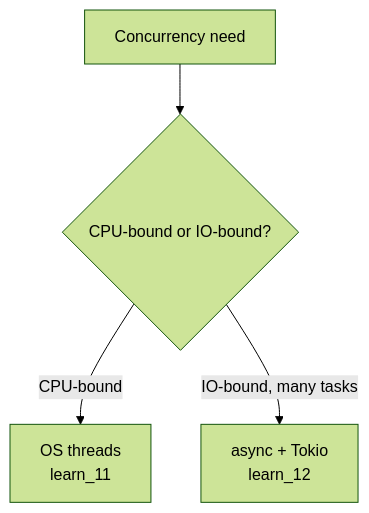
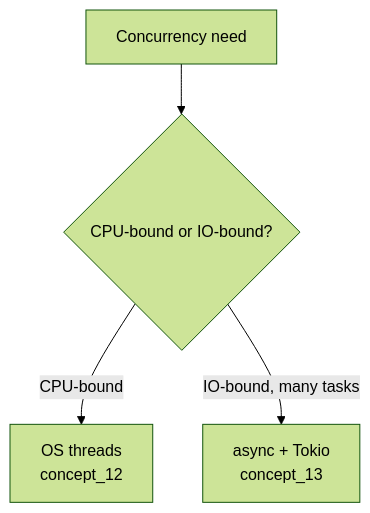
Before and after one commit to devravinder/learn-rust: the diagram in concept_13_async_tokio/README.md, drawn with Mermaid (forest theme). The commit also changed other lines of this file and 12 other files, not shown here.

Commit message:
docs: finalize roadmap links

````diff
--- a/concept_13_async_tokio/README.md
+++ b/concept_13_async_tokio/README.md
@@ -16,6 +16,6 @@
 ```mermaid
 graph TD
     A[Concurrency need] --> B{CPU-bound or IO-bound?}
-    B -->|CPU-bound| T[OS threads<br/>learn_11]
-    B -->|IO-bound, many tasks| X[async + Tokio<br/>learn_12]
+    B -->|CPU-bound| T[OS threads<br/>concept_12]
+    B -->|IO-bound, many tasks| X[async + Tokio<br/>concept_13]
 ```
````
